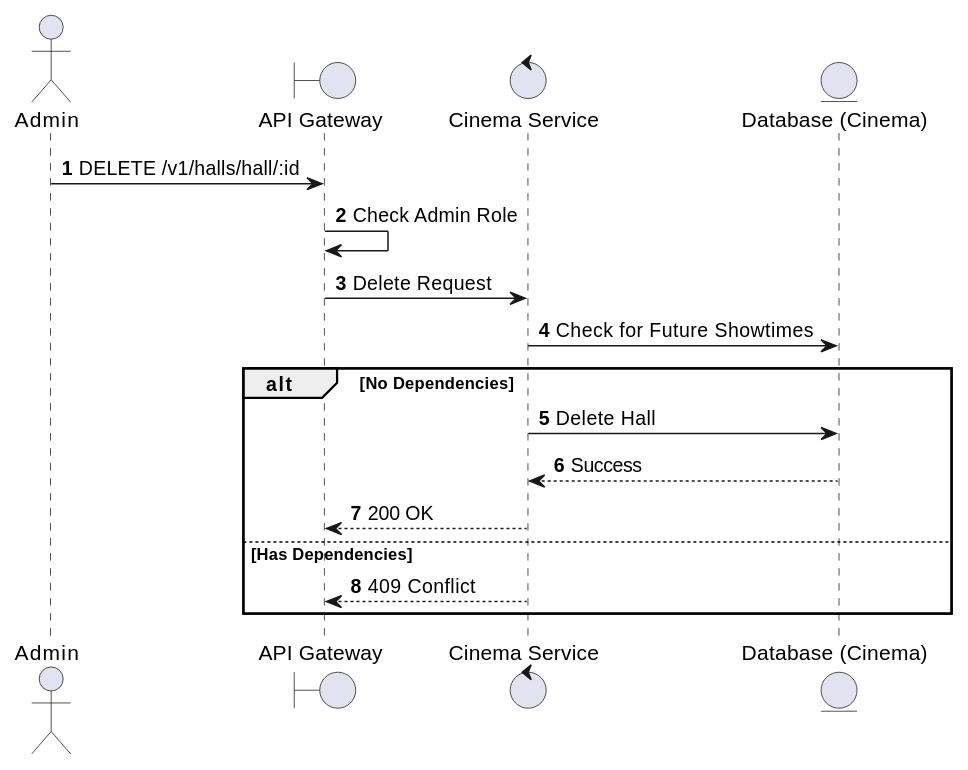
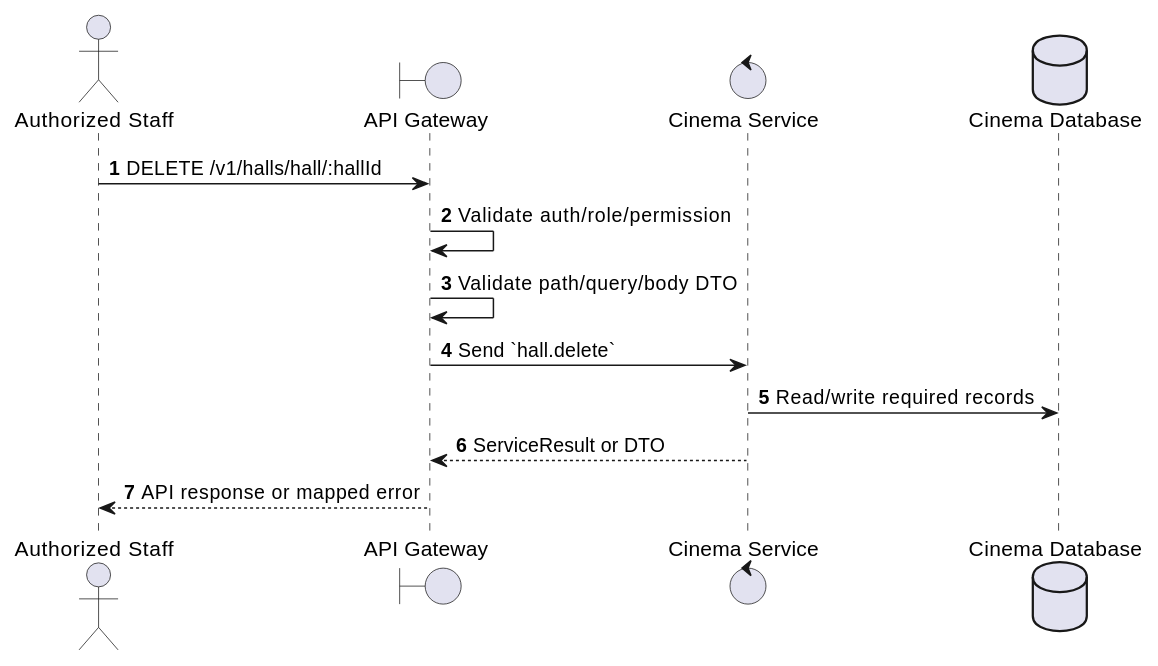
One commit to Tanh1603/movie-hub-architecture changed the first of 2 diagrams in docs/functional_specs/3.2.2_Hall_Management/HM-05_Delete_Hall.md. Above: the diagram before and after it, drawn with PlantUML. The commit also changed other lines of this file and 126 other files, not shown here.

````diff
--- a/docs/functional_specs/3.2.2_Hall_Management/HM-05_Delete_Hall.md
+++ b/docs/functional_specs/3.2.2_Hall_Management/HM-05_Delete_Hall.md
@@ -17,21 +17,17 @@
 ```plantuml
 @startuml
 autonumber
-actor Admin
+actor "Authorized Staff" as Actor
 boundary "API Gateway" as GW
-control "Cinema Service" as CS
-entity "Database (Cinema)" as DB
+control "Cinema Service" as SVC
+database "Cinema Database" as DB
 
-Admin -> GW: DELETE /v1/halls/hall/:id
-GW -> GW: Check Admin Role
-GW -> CS: Delete Request
-CS -> DB: Check for Future Showtimes
-alt No Dependencies
-    CS -> DB: Delete Hall
-    DB --> CS: Success
-    CS --> GW: 200 OK
-else Has Dependencies
-    CS --> GW: 409 Conflict
-end
+Actor -> GW: DELETE /v1/halls/hall/:hallId
+GW -> GW: Validate auth/role/permission
+GW -> GW: Validate path/query/body DTO
+GW -> SVC: Send `hall.delete`
+SVC -> DB: Read/write required records
+SVC --> GW: ServiceResult or DTO
+GW --> Actor: API response or mapped error
 @enduml
 ```
````
